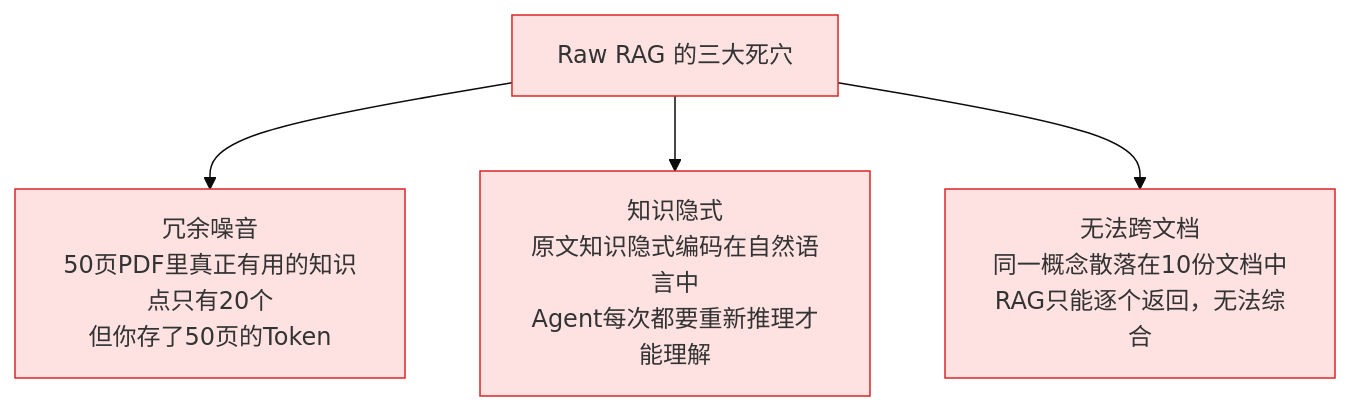
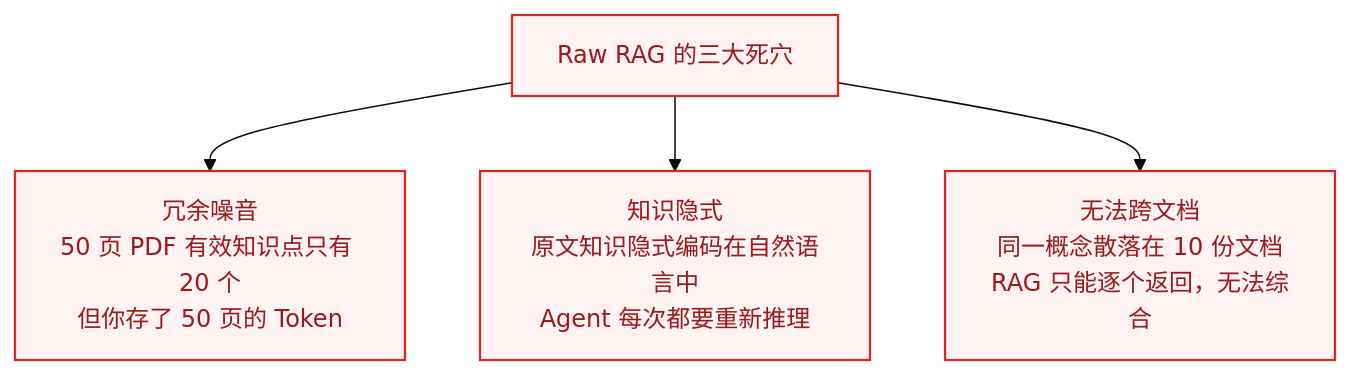
Before and after one commit to zjgulai/Kb2Agent: the second of 4 diagrams in docs/knowledge/01-framework.md, drawn with Mermaid (base theme). The commit also changed other lines of this file and 3 other files, not shown here.

Commit message:
refine: remove all emojis from content/mermaid, add custom block annotations, improve CSS layout precision

````diff
--- a/docs/knowledge/01-framework.md
+++ b/docs/knowledge/01-framework.md
@@ -104,13 +110,13 @@
 ```mermaid
 flowchart TD
-    Problem[Raw RAG 的三大死穴]
-    P1[冗余噪音<br/>50页PDF里真正有用的知识点只有20个<br/>但你存了50页的Token]
-    P2[知识隐式<br/>原文知识隐式编码在自然语言中<br/>Agent每次都要重新推理才能理解]
-    P3[无法跨文档<br/>同一概念散落在10份文档中<br/>RAG只能逐个返回，无法综合]
+    Problem["Raw RAG 的三大死穴"]
+    P1["冗余噪音<br/>50 页 PDF 有效知识点只有 20 个<br/>但你存了 50 页的 Token"]
+    P2["知识隐式<br/>原文知识隐式编码在自然语言中<br/>Agent 每次都要重新推理"]
+    P3["无法跨文档<br/>同一概念散落在 10 份文档<br/>RAG 只能逐个返回，无法综合"]
     Problem --> P1
     Problem --> P2
     Problem --> P3
 
-    classDef red fill:#fee2e2,stroke:#dc2626,stroke-width:1px;
+    classDef red fill:#fef2f2,stroke:#dc2626,stroke-width:1.5px,color:#991b1b;
     class Problem,P1,P2,P3 red;
 ```
````
